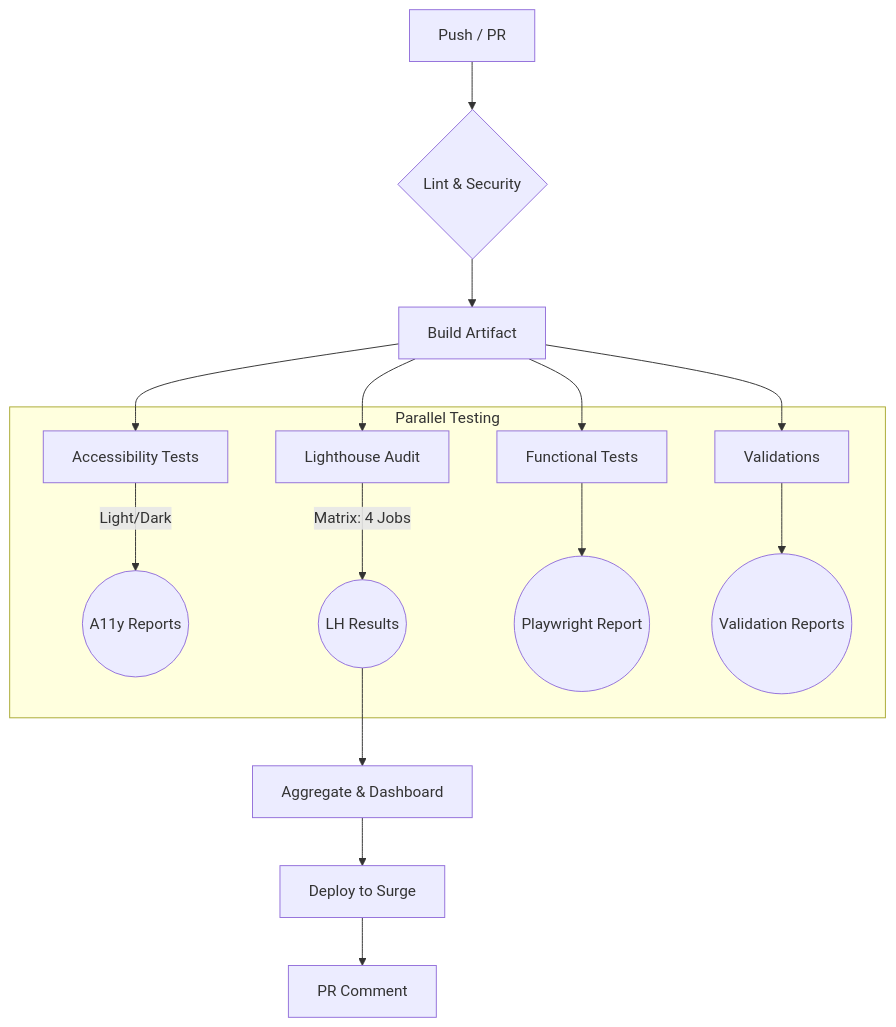
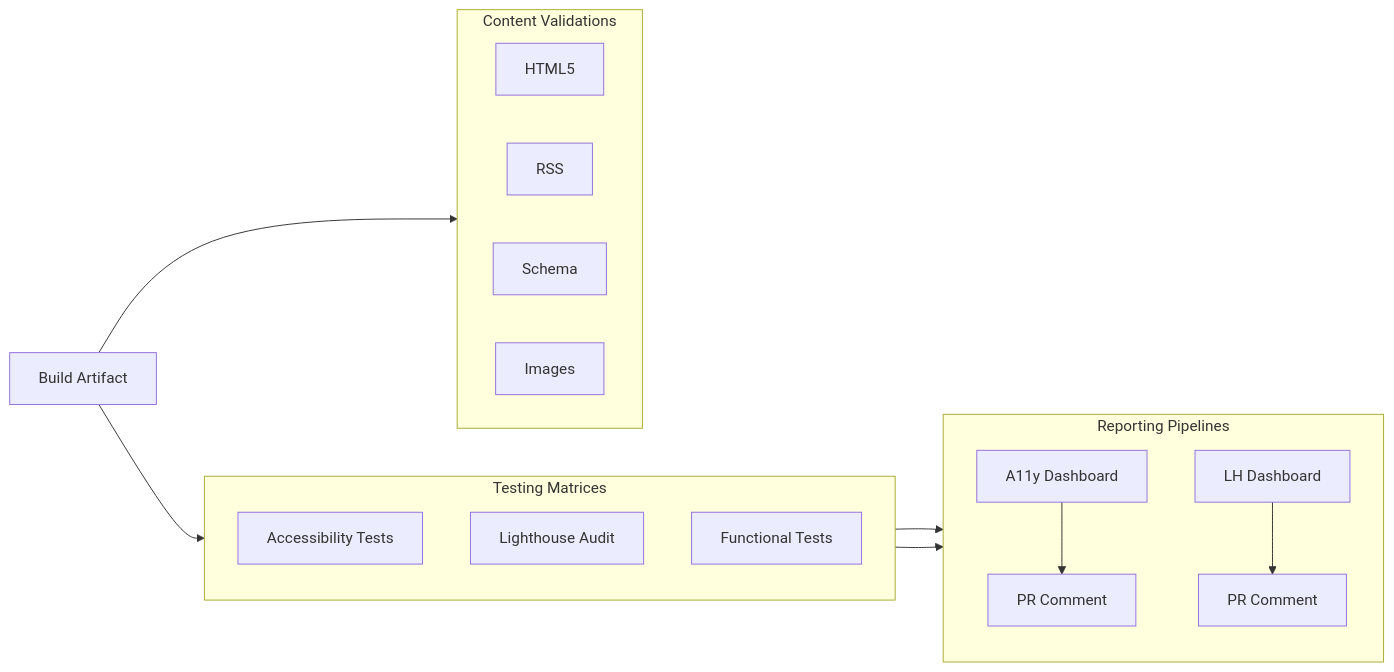
One commit to jmrplens/jmrp.io changed the third of 3 diagrams in README.md. Above: the diagram before and after it, drawn with Mermaid. The commit also changed other lines of this file and 5 other files, not shown here.

First line of the commit message:
feat(ci): unify accessibility reports and PR comments (#55)

````diff
--- a/README.md
+++ b/README.md
@@ -131,20 +164,29 @@
 ```mermaid
-graph TD
-    A[Push / PR] --> B{Lint & Security}
-    B --> C[Build Artifact]
-    C --> D[Accessibility Tests]
-    C --> E[Lighthouse Audit]
-    C --> F[Functional Tests]
-    C --> G[Validations]
+graph LR
+    Build[Build Artifact] --> TM
+    Build --> CV
 
-    subgraph "Parallel Testing"
-        D -- Light/Dark --> D1((A11y Reports))
-        E -- Matrix: 4 Jobs --> E1((LH Results))
-        F --> F1((Playwright Report))
-        G --> G1((Validation Reports))
+    subgraph TM [Testing Matrices]
+        direction TB
+        A11y[Accessibility Tests]
+        LH[Lighthouse Audit]
+        Func[Functional Tests]
     end
 
-    E1 --> H[Aggregate & Dashboard]
-    H --> I[Deploy to Surge]
-    I --> J[PR Comment]
+    subgraph CV [Content Validations]
+        direction LR
+        HTML[HTML5]
+        RSS
+        Schema
+        Img[Images]
+    end
+
+    subgraph Rep [Reporting Pipelines]
+        direction TB
+        A11yAgg[A11y Dashboard] --> A11yCom[PR Comment]
+        LHAgg[LH Dashboard] --> LHCom[PR Comment]
+    end
+
+    A11y --> A11yAgg
+    LH --> LHAgg
 ```
````
